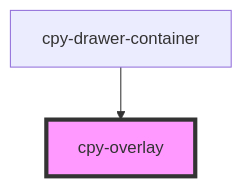
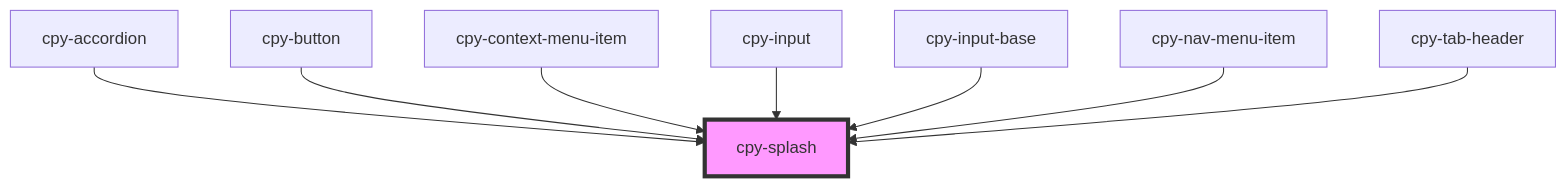
The diagram in stencil-lib/src/components/splash/readme.md (Lith1um/Canopy-Stencil), drawn with Mermaid before and after one commit. The commit also changed other lines of this file and 23 other files, not shown here.

````diff
--- a/stencil-lib/src/components/splash/readme.md
+++ b/stencil-lib/src/components/splash/readme.md
@@ -65,5 +28,11 @@
 ```mermaid
 graph TD;
-  cpy-drawer-container --> cpy-overlay
-  style cpy-overlay fill:#f9f,stroke:#333,stroke-width:4px
+  cpy-accordion --> cpy-splash
+  cpy-button --> cpy-splash
+  cpy-context-menu-item --> cpy-splash
+  cpy-input --> cpy-splash
+  cpy-input-base --> cpy-splash
+  cpy-nav-menu-item --> cpy-splash
+  cpy-tab-header --> cpy-splash
+  style cpy-splash fill:#f9f,stroke:#333,stroke-width:4px
 ```
````
